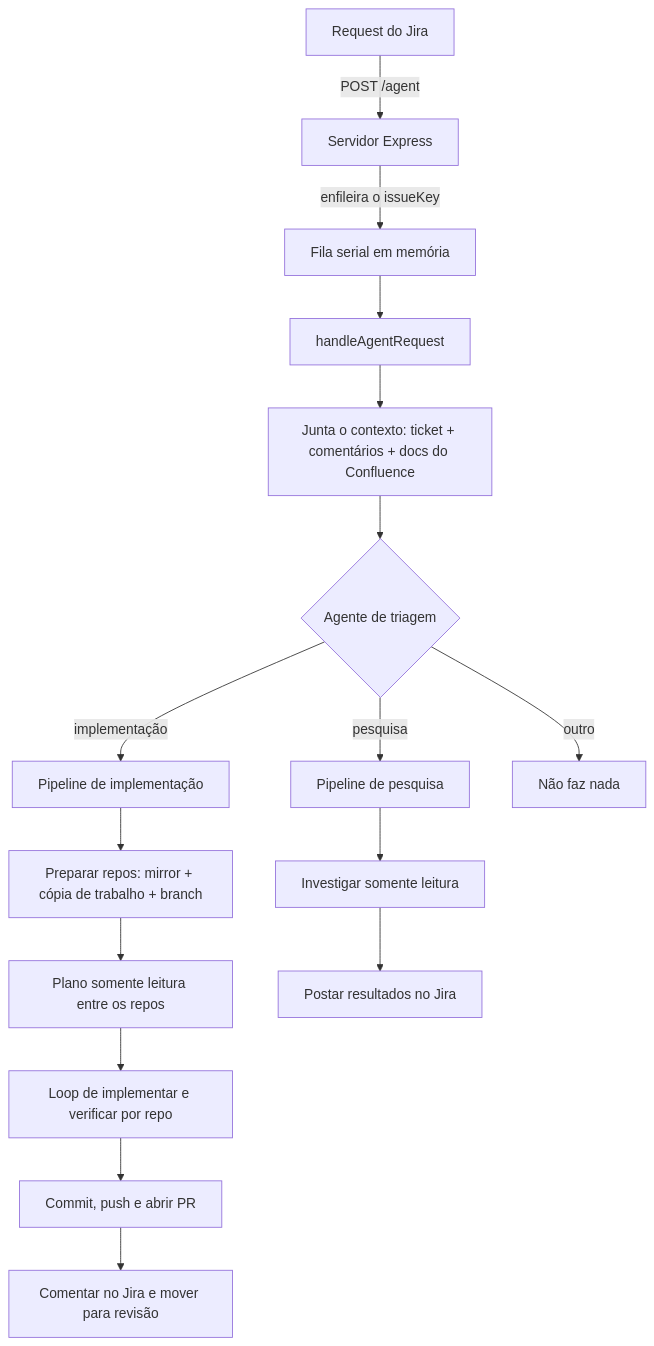
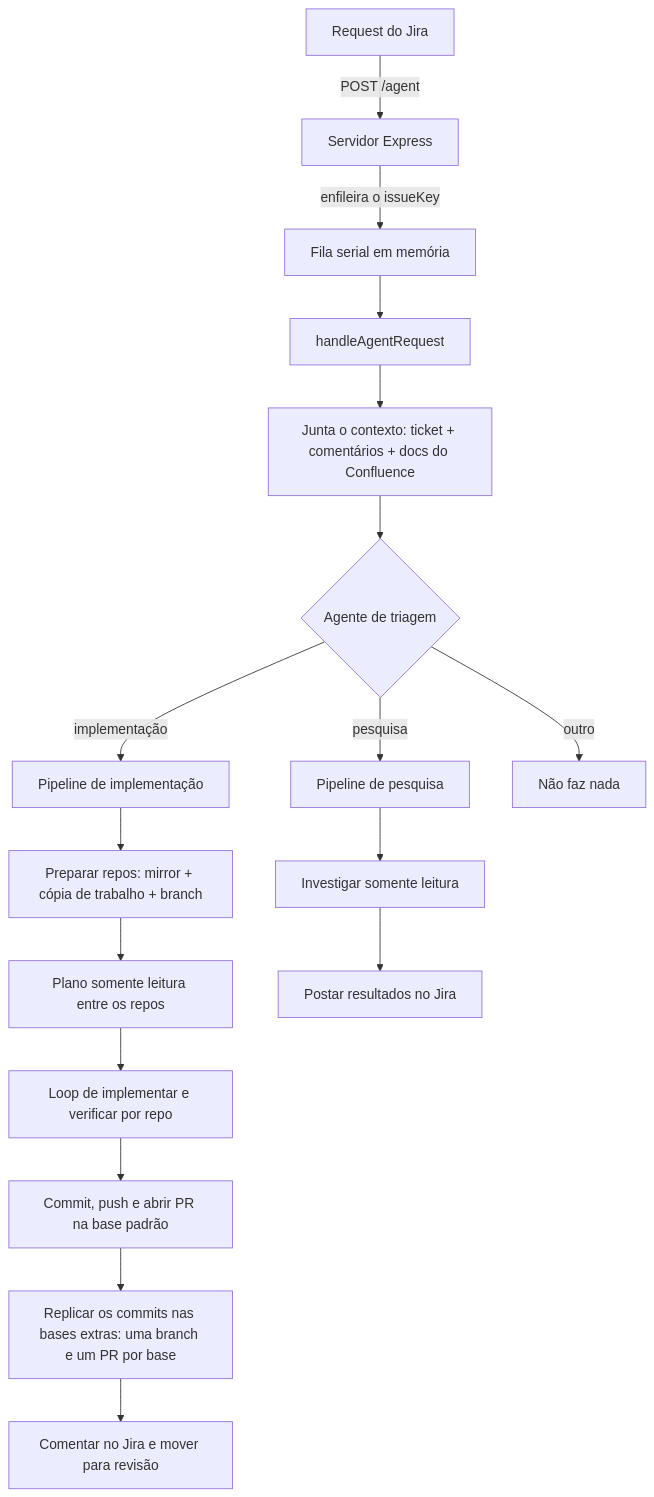
One commit to jose-pereira-cashme/cashme-agent changed the first of 2 diagrams in DESIGN.md. Above: the diagram before and after it, drawn with Mermaid. The commit also changed other lines of this file and 1 other file, not shown here.

Commit message:
feat: update implementation pipeline details and add replica bases configuration

````diff
--- a/DESIGN.md
+++ b/DESIGN.md
@@ -222,18 +233,19 @@
 ```mermaid
 flowchart TD
   J[Request do Jira] -->|POST /agent| W[Servidor Express]
   W -->|enfileira o issueKey| Q[Fila serial em memória]
   Q --> H[handleAgentRequest]
   H --> C[Junta o contexto: ticket + comentários + docs do Confluence]
   C --> T{Agente de triagem}
   T -->|implementação| I[Pipeline de implementação]
   T -->|pesquisa| R[Pipeline de pesquisa]
   T -->|outro| X[Não faz nada]
   I --> P[Preparar repos: mirror + cópia de trabalho + branch]
   P --> PL[Plano somente leitura entre os repos]
   PL --> IV[Loop de implementar e verificar por repo]
-  IV --> PRc[Commit, push e abrir PR]
-  PRc --> RPT[Comentar no Jira e mover para revisão]
+  IV --> PRc[Commit, push e abrir PR na base padrão]
+  PRc --> RP[Replicar os commits nas bases extras: uma branch e um PR por base]
+  RP --> RPT[Comentar no Jira e mover para revisão]
   R --> RS[Investigar somente leitura]
   RS --> RC[Postar resultados no Jira]
 ```
````
